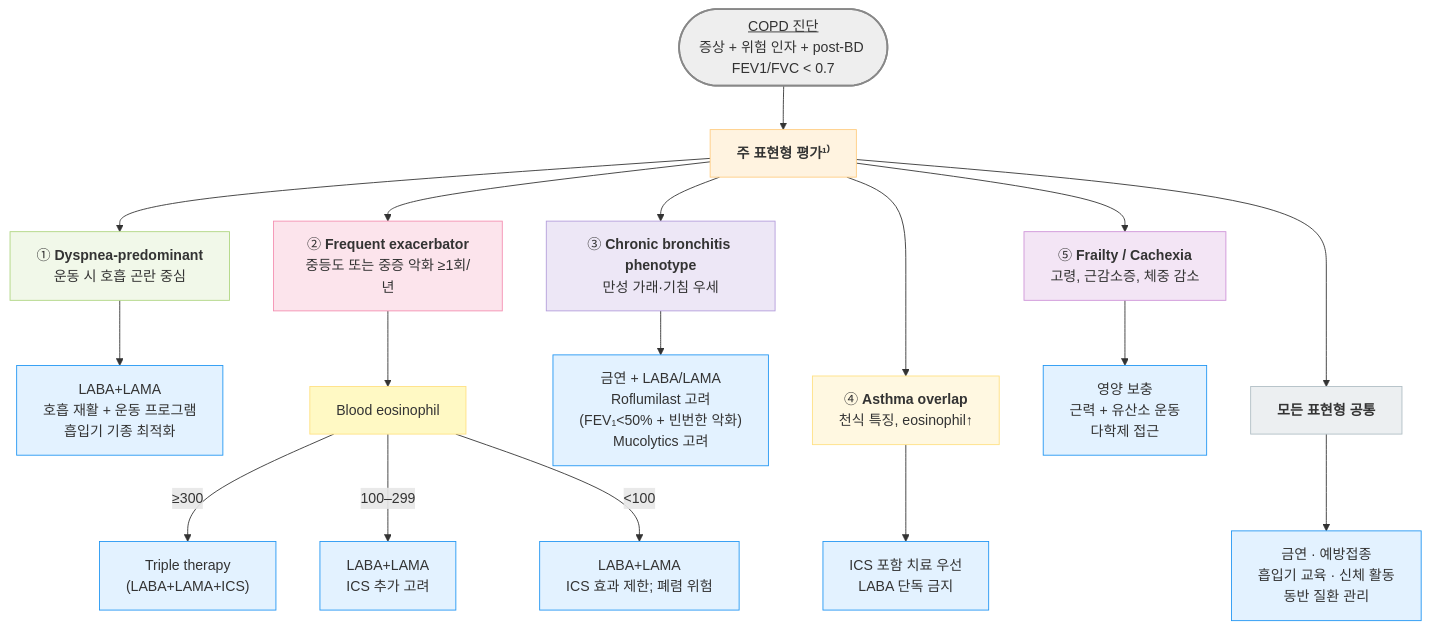
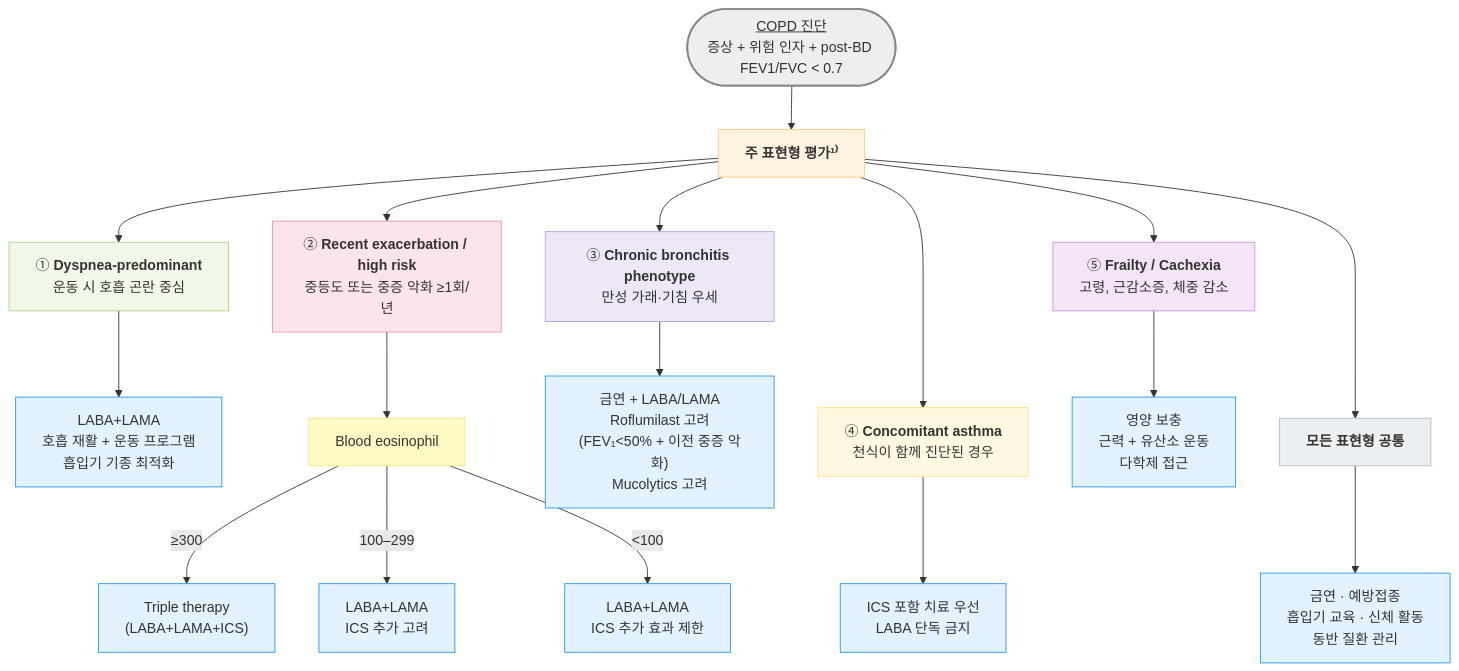
One commit to familyoh77/familyoh77 changed the second of 3 diagrams in 223_/072_-copd.md. Above: the diagram before and after it, drawn with Mermaid. The commit also changed other lines of this file and 7 other files, not shown here.

````diff
--- a/223_/072_-copd.md
+++ b/223_/072_-copd.md
@@ -454,39 +445,39 @@
 ```mermaid
 flowchart TD
     A(["<u>COPD 진단</u><br/>증상 + 위험 인자 + post-BD FEV1/FVC &lt; 0.7"])
 
     A --> B["<b>주 표현형 평가¹⁾</b>"]
 
     B --> C1["① <b>Dyspnea-predominant</b><br/>운동 시 호흡 곤란 중심"]
     C1 --> D1["LABA+LAMA<br/>호흡 재활 + 운동 프로그램<br/>흡입기 기종 최적화"]
 
-    B --> C2["② <b>Frequent exacerbator</b><br/>중등도 또는 중증 악화 ≥1회/년"]
+    B --> C2["② <b>Recent exacerbation / high risk</b><br/>중등도 또는 중증 악화 ≥1회/년"]
     C2 --> E2["Blood eosinophil"]
     E2 -->|"≥300"| F2["Triple therapy<br/>(LABA+LAMA+ICS)"]
     E2 -->|"100–299"| G2["LABA+LAMA<br/>ICS 추가 고려"]
-    E2 -->|"&lt;100"| H2["LABA+LAMA<br/>ICS 효과 제한; 폐렴 위험"]
+    E2 -->|"&lt;100"| H2["LABA+LAMA<br/>ICS 추가 효과 제한"]
 
     B --> C3["③ <b>Chronic bronchitis phenotype</b><br/>만성 가래·기침 우세"]
-    C3 --> D3["금연 + LABA/LAMA<br/>Roflumilast 고려<br/>(FEV₁&lt;50% + 빈번한 악화)<br/>Mucolytics 고려"]
+    C3 --> D3["금연 + LABA/LAMA<br/>Roflumilast 고려<br/>(FEV₁&lt;50% + 이전 중증 악화)<br/>Mucolytics 고려"]
 
-    B ---> C4["④ <b>Asthma overlap</b><br/>천식 특징, eosinophil↑"]
+    B ---> C4["④ <b>Concomitant asthma</b><br/>천식이 함께 진단된 경우"]
     C4 --> D4["ICS 포함 치료 우선<br/>LABA 단독 금지"]
 
     B --> C5["⑤ <b>Frailty / Cachexia</b><br/>고령, 근감소증, 체중 감소"]
     C5 --> D5["영양 보충<br/>근력 + 유산소 운동<br/>다학제 접근"]
 
     B ---> Z["<b>모든 표현형 공통</b>"]
     Z --> Z1["금연 · 예방접종<br/>흡입기 교육 · 신체 활동<br/>동반 질환 관리"]
 
    classDef sky fill:#e3f2ff,stroke:#2196f3
    class D1,F2,D3,D4,D5,G2,H2,Z1 sky
 style A fill:#eeeeee,stroke:#888888,stroke-width:2px
     style B fill:#fff3e0,stroke:#ffcc80
     style C1 fill:#f1f8e9,stroke:#aed581
     style C2 fill:#fce4ec,stroke:#f48fb1
     style C3 fill:#ede7f6,stroke:#b39ddb
     style C4 fill:#fff8e1,stroke:#ffe082
     style C5 fill:#f3e5f5,stroke:#ce93d8
     style E2 fill:#fff9c4,stroke:#ffe082
     style Z fill:#eceff1,stroke:#b0bec5
 ```
````
